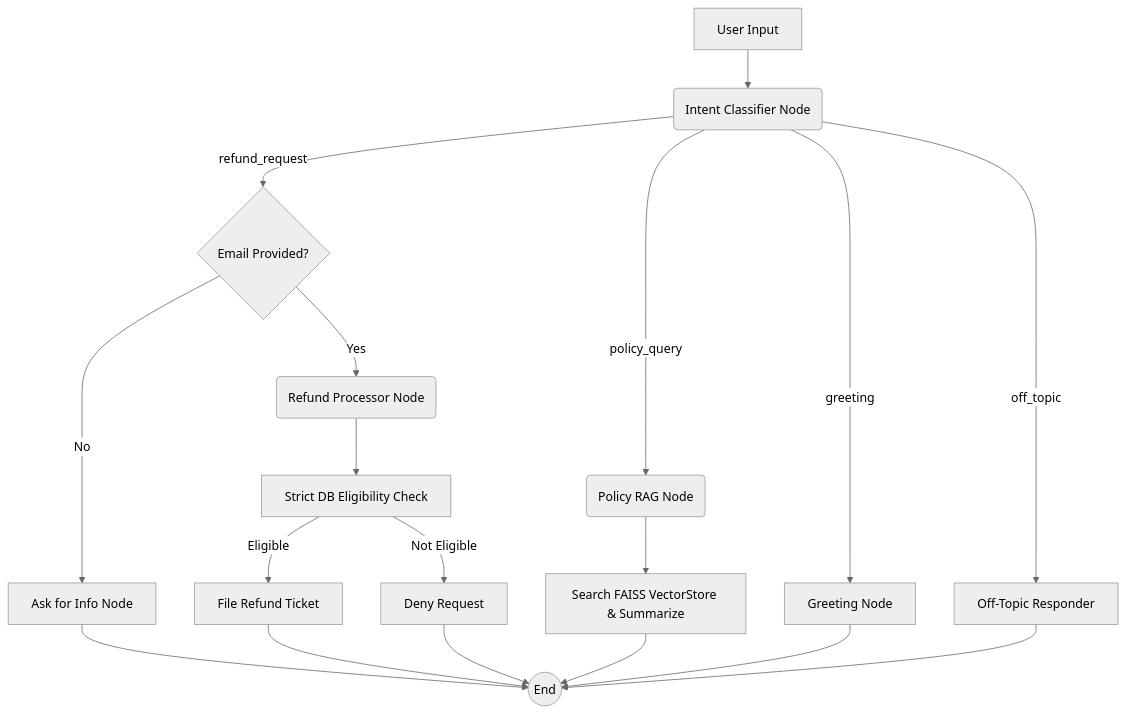
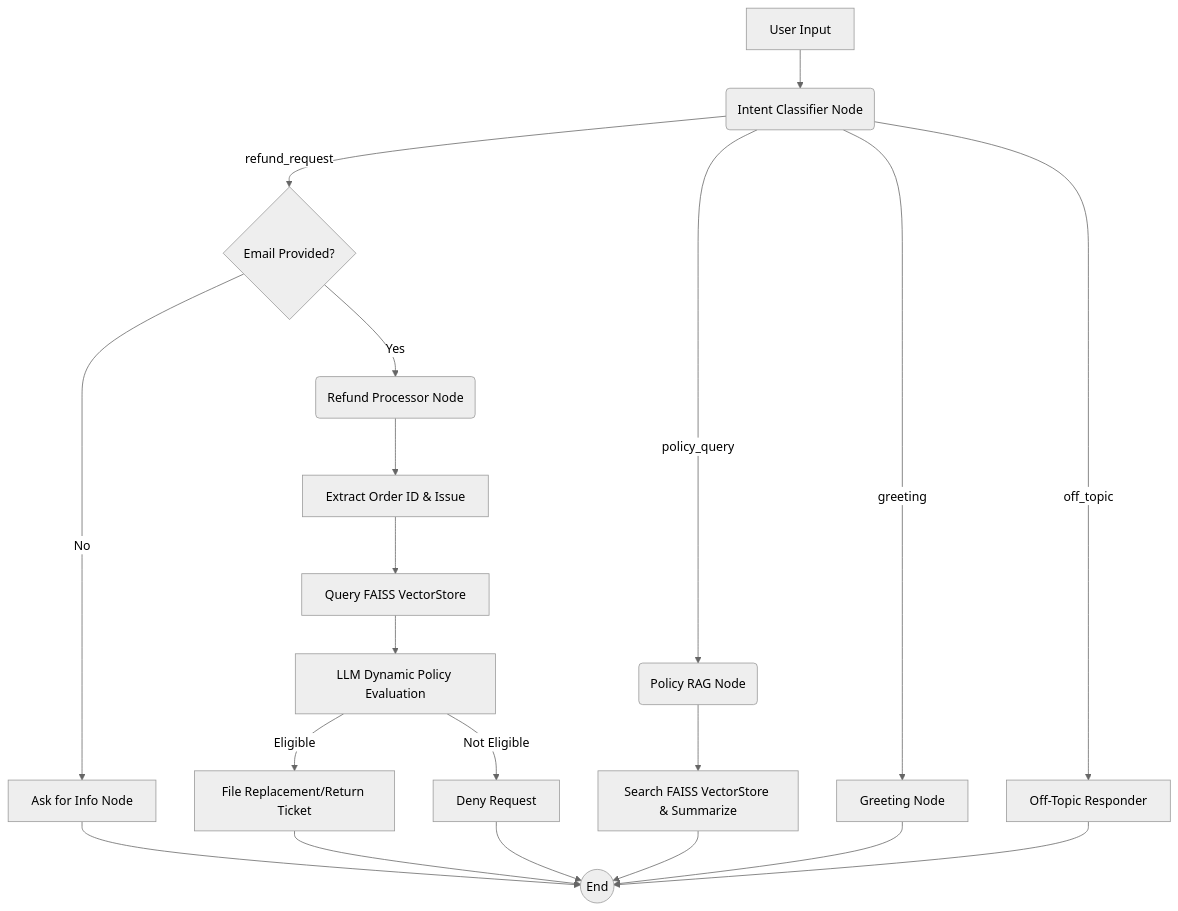
Before and after one commit to Rkgorai/ai_refund_assistant: the diagram in README.md, drawn with Mermaid (neutral theme). The commit also changed 2 other files, not shown here.

````diff
--- a/README.md
+++ b/README.md
@@ -33,24 +33,26 @@
 ```mermaid
 graph TD
     A[User Input] --> B(Intent Classifier Node)
     
     B --> |refund_request| C{Email Provided?}
     C --> |No| D[Ask for Info Node]
     C --> |Yes| E(Refund Processor Node)
     
     B --> |policy_query| F(Policy RAG Node)
     B --> |greeting| G[Greeting Node]
     B --> |off_topic| H[Off-Topic Responder]
     
-    E --> I[Strict DB Eligibility Check]
-    I --> |Eligible| K[File Refund Ticket]
-    I --> |Not Eligible| L[Deny Request]
+    E --> I[Extract Order ID & Issue]
+    I --> M[Query FAISS VectorStore]
+    M --> N[LLM Dynamic Policy Evaluation]
+    N --> |Eligible| K[File Replacement/Return Ticket]
+    N --> |Not Eligible| L[Deny Request]
     F --> J[Search FAISS VectorStore & Summarize]
     
     D --> END((End))
     K --> END
     L --> END
     J --> END
     G --> END
     H --> END
 ```
````
